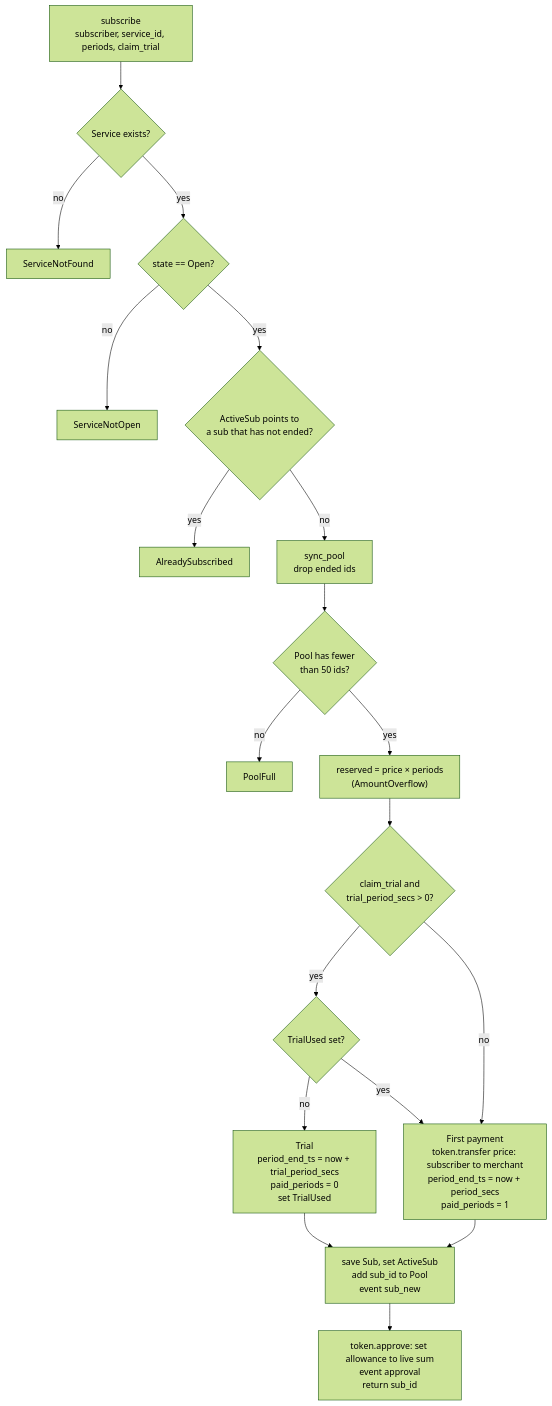
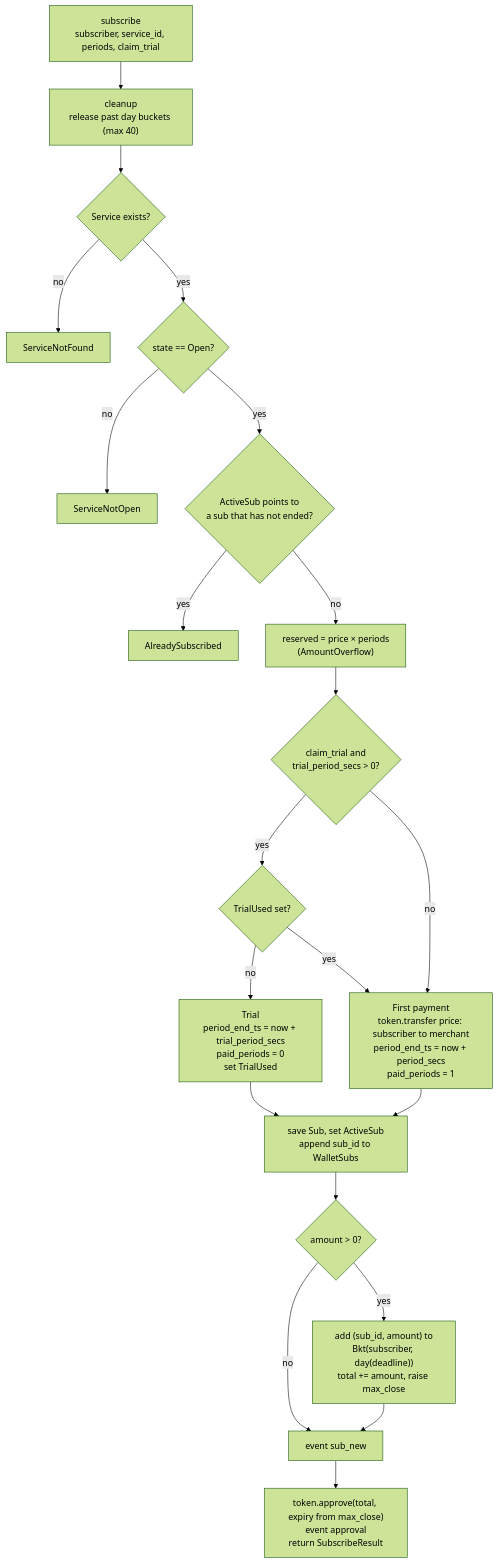
Before and after one commit to PiNetwork/PiRC: the second of 5 diagrams in PiRC2/2-overview.md, drawn with Mermaid (forest theme). The commit also changed other lines of this file and 8 other files, not shown here.

First line of the commit message:
PiRC2: day buckets replace the Pool; wallet index; cleanup

````diff
--- a/PiRC2/2-overview.md
+++ b/PiRC2/2-overview.md
@@ -48,21 +57,23 @@
 ```mermaid
 flowchart TD
-  A[subscribe<br/>subscriber, service_id, periods, claim_trial] --> B{Service exists?}
+  A[subscribe<br/>subscriber, service_id, periods, claim_trial] --> CL["cleanup<br/>release past day buckets (max 40)"]
+  CL --> B{Service exists?}
   B -- no --> E1[ServiceNotFound]
   B -- yes --> C{state == Open?}
   C -- no --> E2[ServiceNotOpen]
   C -- yes --> D{ActiveSub points to<br/>a sub that has not ended?}
   D -- yes --> E3[AlreadySubscribed]
-  D -- no --> F[sync_pool<br/>drop ended ids]
-  F --> G{Pool has fewer<br/>than 50 ids?}
-  G -- no --> E4[PoolFull]
-  G -- yes --> RS["reserved = price × periods<br/>(AmountOverflow)"]
+  D -- no --> RS["reserved = price × periods<br/>(AmountOverflow)"]
   RS --> H{claim_trial and<br/>trial_period_secs > 0?}
   H -- yes --> I{TrialUsed set?}
   I -- no --> T["Trial<br/>period_end_ts = now + trial_period_secs<br/>paid_periods = 0<br/>set TrialUsed"]
   I -- yes --> P
   H -- no --> P["First payment<br/>token.transfer price: subscriber to merchant<br/>period_end_ts = now + period_secs<br/>paid_periods = 1"]
-  T --> R["save Sub, set ActiveSub<br/>add sub_id to Pool<br/>event sub_new"]
+  T --> R["save Sub, set ActiveSub<br/>append sub_id to WalletSubs"]
   P --> R
-  R --> AP["token.approve: set allowance to live sum<br/>event approval<br/>return sub_id"]
+  R --> K{amount > 0?}
+  K -- yes --> BK["add (sub_id, amount) to<br/>Bkt(subscriber, day(deadline))<br/>total += amount, raise max_close"]
+  K -- no --> EV
+  BK --> EV[event sub_new]
+  EV --> AP["token.approve(total, expiry from max_close)<br/>event approval<br/>return SubscribeResult"]
 ```
````
